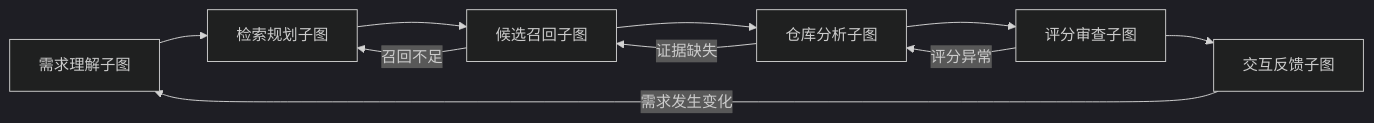
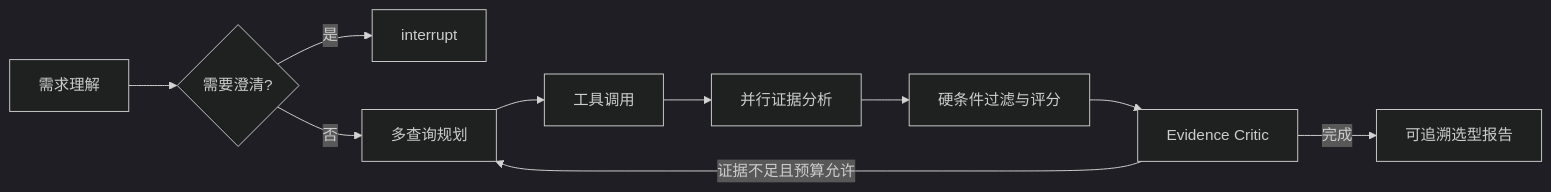
The second of 2 diagrams in README.md (ETOLucy/RepoScoutAgent), drawn with Mermaid (dark theme) before and after one commit. The commit also changed other lines of this file and 10 other files, not shown here.

````diff
--- a/README.md
+++ b/README.md
@@ -135,13 +72,12 @@
 ```mermaid
 flowchart LR
-    A[需求理解子图] --> B[检索规划子图]
-    B --> C[候选召回子图]
-    C --> D[仓库分析子图]
-    D --> E[评分审查子图]
-    E --> F[交互反馈子图]
-
-    F -->|需求发生变化| A
-    C -->|召回不足| B
-    D -->|证据缺失| C
-    E -->|评分异常| D
+    A[需求理解] --> B{需要澄清?}
+    B -->|是| C[interrupt]
+    B -->|否| D[多查询规划]
+    D --> E[工具调用]
+    E --> F[并行证据分析]
+    F --> G[硬条件过滤与评分]
+    G --> H[Evidence Critic]
+    H -->|证据不足且预算允许| D
+    H -->|完成| I[可追溯选型报告]
 ```
````
